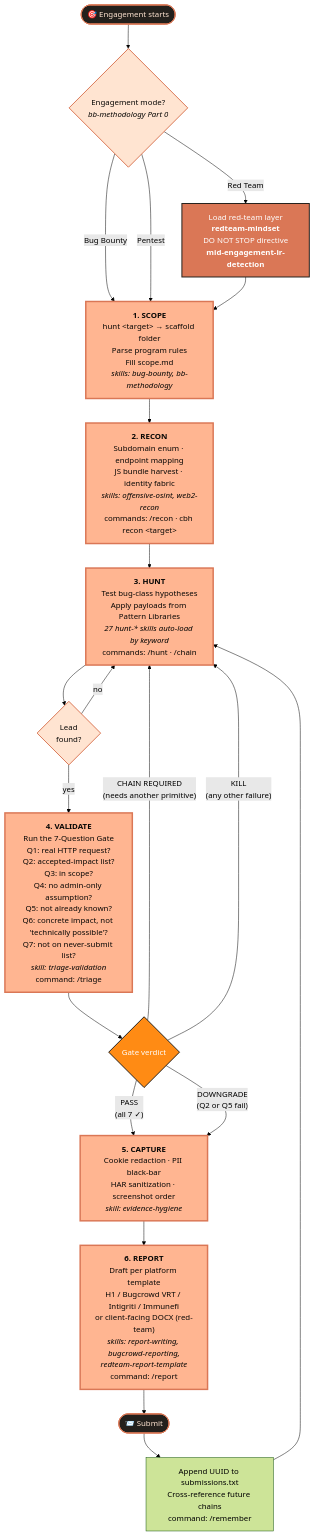
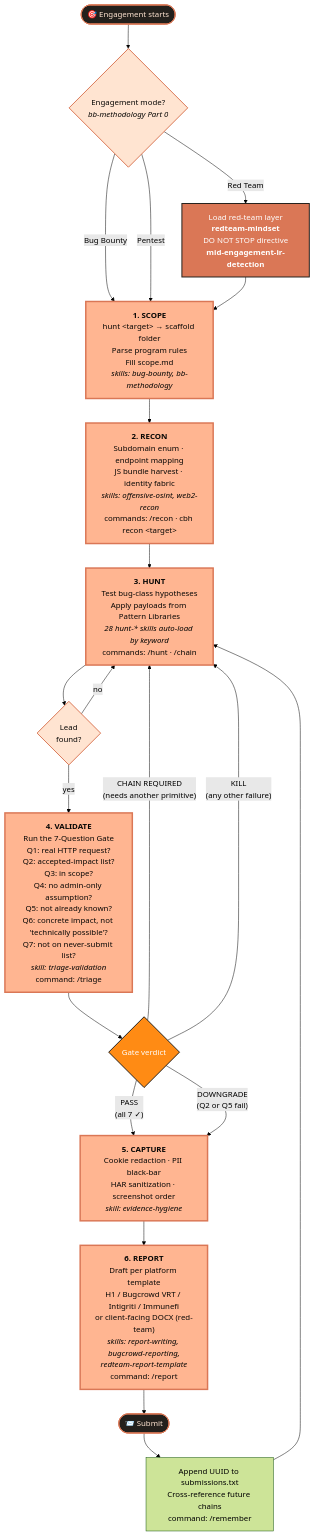
The second of 2 diagrams in README.md (AliMousaviSoft/Claude-BugHunter), drawn with Mermaid (forest theme) before and after one commit. The commit also changed other lines of this file, not shown here.

First line of the commit message:
README: update metrics to v2.0 (681 disclosed reports, 28 hunt-* skills)

````diff
--- a/README.md
+++ b/README.md
@@ -151,46 +151,46 @@
 ```mermaid
 flowchart TD
     classDef phase fill:#FFB591,stroke:#DA7756,stroke-width:3px,color:#080705
     classDef gate fill:#FF8B14,stroke:#23201C,stroke-width:2px,color:#fff
     classDef decision fill:#FFE4D1,stroke:#DA7756,stroke-width:2px,color:#080705
     classDef terminal fill:#23201C,stroke:#DA7756,stroke-width:2px,color:#FFE4D1
     classDef discipline fill:#DA7756,stroke:#23201C,stroke-width:2px,color:#fff
 
     Start(["🎯 Engagement starts"]):::terminal --> Mode
 
     Mode{"Engagement mode?<br/><i>bb-methodology Part 0</i>"}:::decision
     Mode -->|"Bug Bounty"| Scope
     Mode -->|"Red Team"| RTSetup
     Mode -->|"Pentest"| Scope
 
     RTSetup["Load red-team layer<br/><b>redteam-mindset</b><br/>DO NOT STOP directive<br/><b>mid-engagement-ir-detection</b>"]:::discipline
     RTSetup --> Scope
 
     Scope["<b>1. SCOPE</b><br/>hunt &lt;target&gt; → scaffold folder<br/>Parse program rules<br/>Fill scope.md<br/><i>skills: bug-bounty, bb-methodology</i>"]:::phase
     Scope --> Recon
 
     Recon["<b>2. RECON</b><br/>Subdomain enum · endpoint mapping<br/>JS bundle harvest · identity fabric<br/><i>skills: offensive-osint, web2-recon</i><br/>commands: /recon · cbh recon &lt;target&gt;"]:::phase
     Recon --> Hunt
 
-    Hunt["<b>3. HUNT</b><br/>Test bug-class hypotheses<br/>Apply payloads from Pattern Libraries<br/><i>27 hunt-* skills auto-load by keyword</i><br/>commands: /hunt · /chain"]:::phase
+    Hunt["<b>3. HUNT</b><br/>Test bug-class hypotheses<br/>Apply payloads from Pattern Libraries<br/><i>28 hunt-* skills auto-load by keyword</i><br/>commands: /hunt · /chain"]:::phase
     Hunt --> Found{"Lead<br/>found?"}:::decision
     Found -->|"no"| Hunt
     Found -->|"yes"| Validate
 
     Validate["<b>4. VALIDATE</b><br/>Run the 7-Question Gate<br/>Q1: real HTTP request?<br/>Q2: accepted-impact list?<br/>Q3: in scope?<br/>Q4: no admin-only assumption?<br/>Q5: not already known?<br/>Q6: concrete impact, not 'technically possible'?<br/>Q7: not on never-submit list?<br/><i>skill: triage-validation</i><br/>command: /triage"]:::phase
     Validate --> Verdict{"Gate verdict"}:::gate
 
     Verdict -->|"PASS<br/>(all 7 ✓)"| Capture
     Verdict -->|"DOWNGRADE<br/>(Q2 or Q5 fail)"| Capture
     Verdict -->|"CHAIN REQUIRED<br/>(needs another primitive)"| Hunt
     Verdict -->|"KILL<br/>(any other failure)"| Hunt
 
     Capture["<b>5. CAPTURE</b><br/>Cookie redaction · PII black-bar<br/>HAR sanitization · screenshot order<br/><i>skill: evidence-hygiene</i>"]:::phase
     Capture --> Report
 
     Report["<b>6. REPORT</b><br/>Draft per platform template<br/>H1 / Bugcrowd VRT / Intigriti / Immunefi<br/>or client-facing DOCX (red-team)<br/><i>skills: report-writing, bugcrowd-reporting,<br/>redteam-report-template</i><br/>command: /report"]:::phase
     Report --> Submit(["📨 Submit"]):::terminal
 
     Submit --> Track["Append UUID to submissions.txt<br/>Cross-reference future chains<br/>command: /remember"]
     Track --> Hunt
 ```
````
